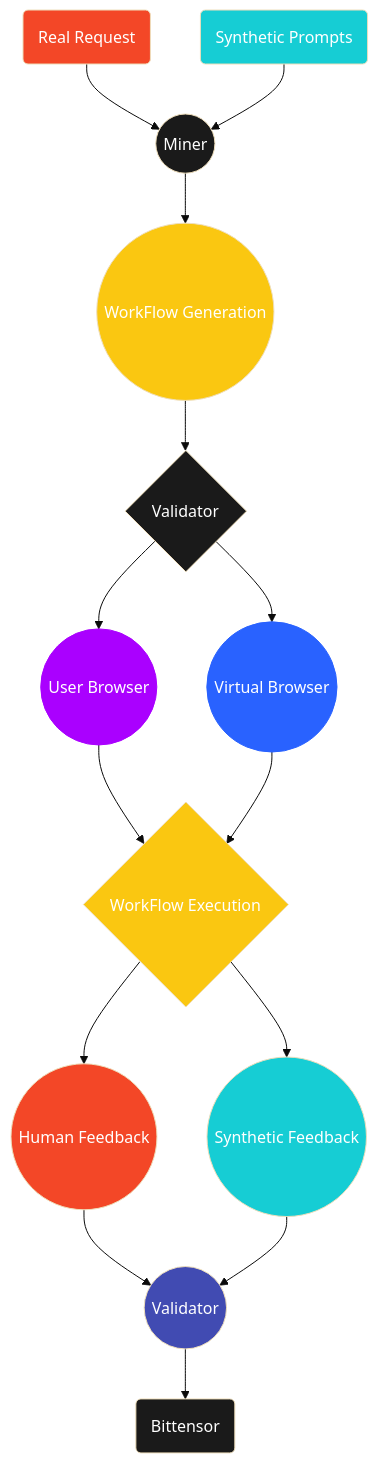
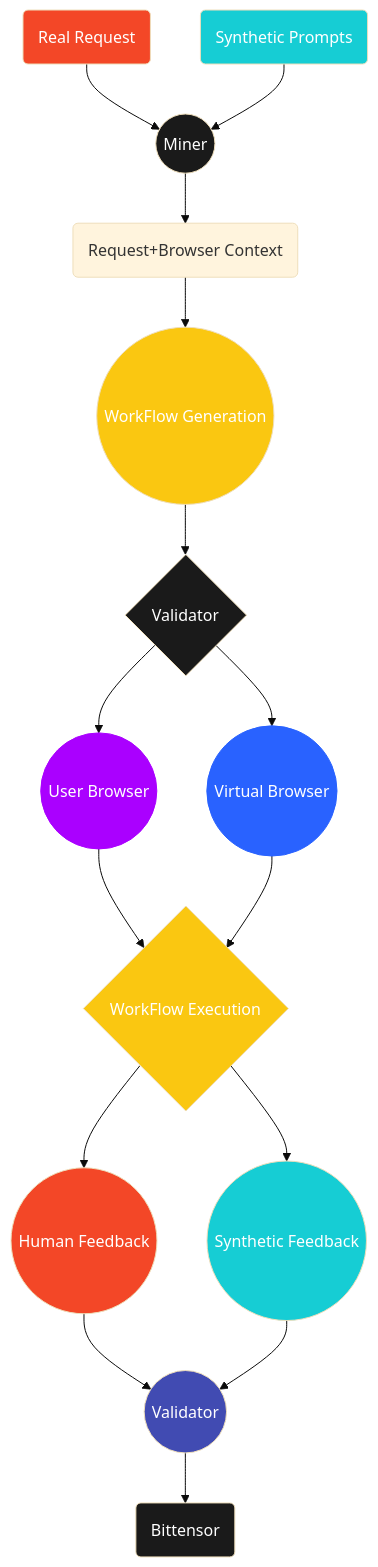
One commit to KhadijaPhool/docs changed the diagram in browser-assistance-subnet/incentive-mechanism.mdx. Above: the diagram before and after it, drawn with Mermaid (base theme).

Commit message:
Documentation edits made through Mintlify web editor

````diff
--- a/browser-assistance-subnet/incentive-mechanism.mdx
+++ b/browser-assistance-subnet/incentive-mechanism.mdx
@@ -32,43 +32,44 @@
 ```mermaid
 flowchart TD
 %% Nodes
     A("Real Request")
     Z("Synthetic Prompts")
     B(("Miner"))
     C(("WorkFlow Generation"))
     D{"Validator"}
     E((User Browser))
     F{"WorkFlow Execution"}
     X(("Human Feedback"))
     Y(("Validator"))
     I(("Virtual Browser"))
     W(("Synthetic Feedback"))
     V("Bittensor")
+    R("Request+Browser Context")
 
 %% Edge connections between nodes
-    A --> B --> C --> D --> E --> F --> X --> Y
+    A --> B --> R --> C --> D --> E --> F --> X --> Y
     Z --> B
     D  --> I --> F --> W --> Y --> V
 
 %% Individual node styling. Try the visual editor toolbar for easier styling!
     style A color:#FFFFFF, fill:#F34727
     style Z color:#FFFFFF, fill:#16CDD4
     style B color:#FFFFFF, fill:#1A1A1A
     style C color:#FFFFFF, fill:#FAC711
     style D color:#FFFFFF, fill:#1A1A1A
     style F color:#FFFFFF, fill:#FAC711
     style E color:#FFFFFF, fill:#F34727
     style X color:#FFFFFF, fill:#F34727
     style I color:#FFFFFF, fill:#16CDD4
     style W color:#FFFFFF, fill:#16CDD4
     style Y color:#FFFFFF, fill:#414BB2
     style V color:#FFFFFF, fill:#1A1A1A
 
 
 
     style E color:#FFFFFF, fill:#AA00FF, stroke:#AA00FF
     style I color:#FFFFFF, stroke:#2962FF, fill:#2962FF
 
 %% You can add notes with two "%" signs in a row!
 
 ```
````
